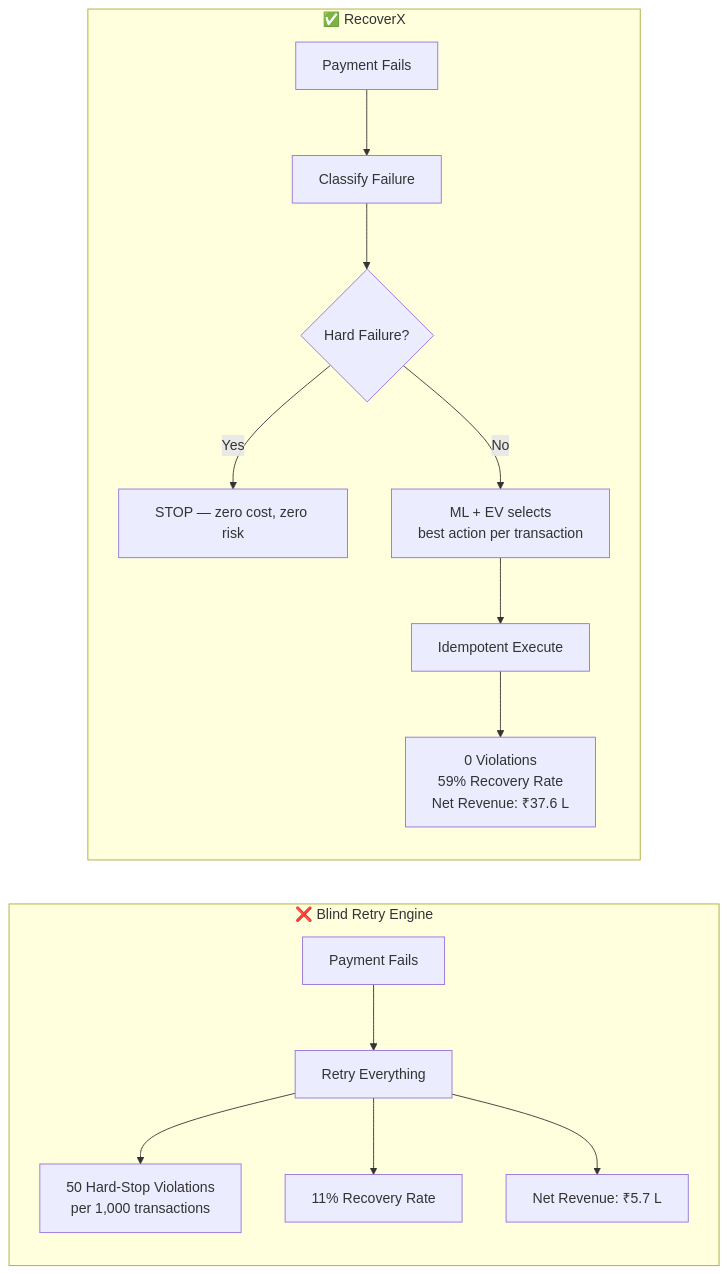
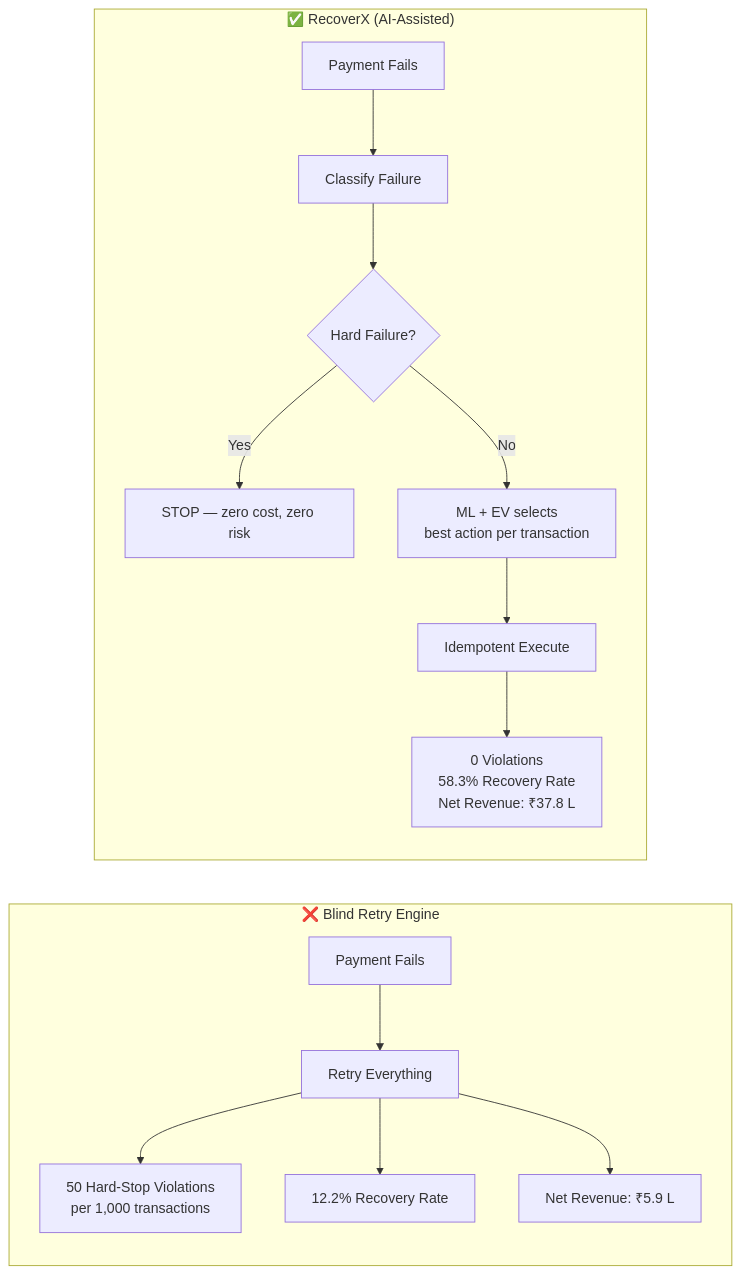
The second of 4 diagrams in README.md (shiva-kumar-1319/RazorPay-Hackathon), drawn with Mermaid before and after one commit. The commit also changed other lines of this file and 8 other files, not shown here.

````diff
--- a/README.md
+++ b/README.md
@@ -124,18 +135,18 @@
 ```mermaid
 flowchart LR
     subgraph OTHER["❌ Blind Retry Engine"]
         O1["Payment Fails"] --> O2["Retry Everything"]
         O2 --> O3["50 Hard-Stop Violations\nper 1,000 transactions"]
-        O2 --> O4["11% Recovery Rate"]
-        O2 --> O5["Net Revenue: ₹5.7 L"]
+        O2 --> O4["12.2% Recovery Rate"]
+        O2 --> O5["Net Revenue: ₹5.9 L"]
     end
 
-    subgraph RX["✅ RecoverX"]
+    subgraph RX["✅ RecoverX (AI-Assisted)"]
         R1["Payment Fails"] --> R2["Classify Failure"]
         R2 --> R3{"Hard Failure?"}
         R3 -->|Yes| R4["STOP — zero cost, zero risk"]
         R3 -->|No| R5["ML + EV selects\nbest action per transaction"]
         R5 --> R6["Idempotent Execute"]
-        R6 --> R7["0 Violations\n59% Recovery Rate\nNet Revenue: ₹37.6 L"]
+        R6 --> R7["0 Violations\n58.3% Recovery Rate\nNet Revenue: ₹37.8 L"]
     end
 ```
````
